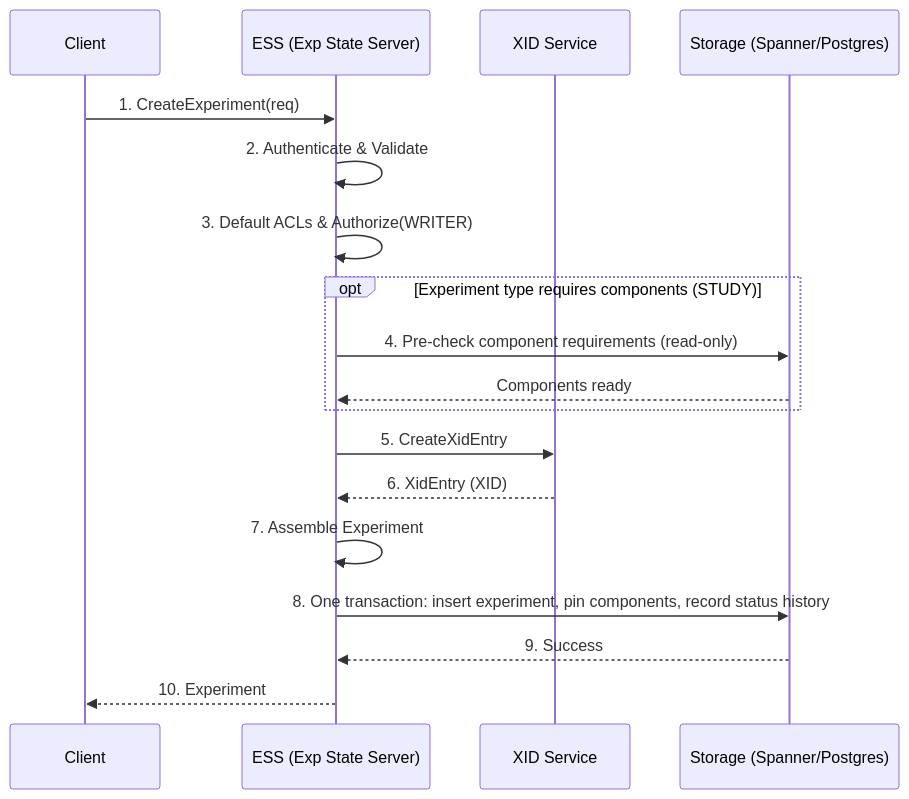
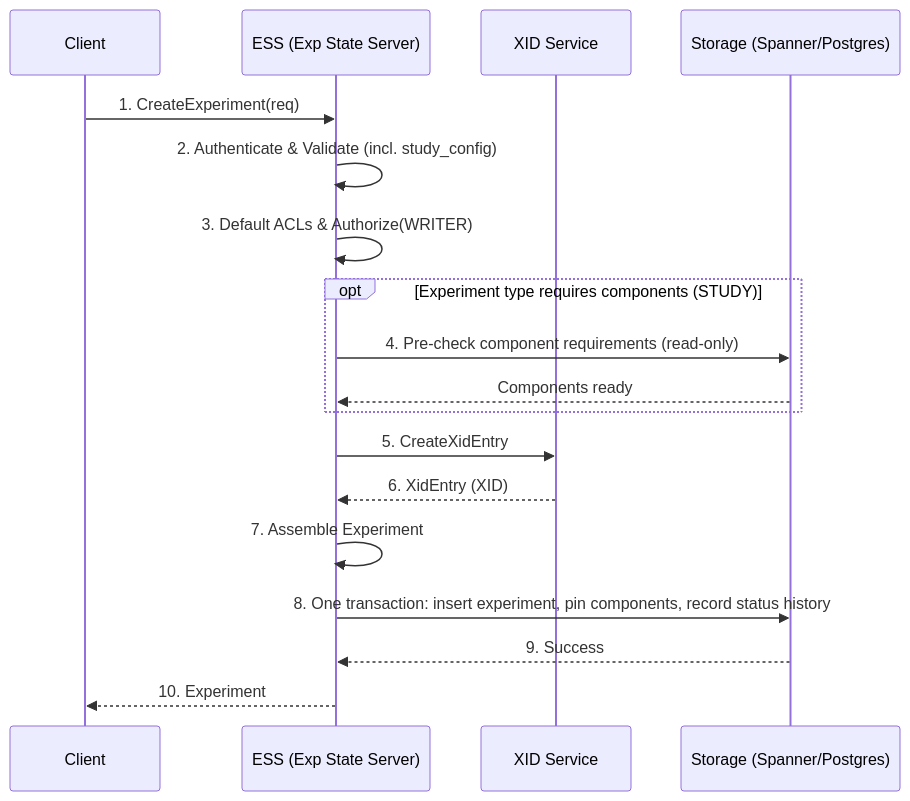
Before and after one commit to google/xmc: the first of 4 diagrams in docs/flows/experiment_lifecycle.md, drawn with Mermaid. The commit also changed other lines of this file and 1 other file, not shown here.

First line of the commit message:
docs(ess): document study config validation

````diff
--- a/docs/flows/experiment_lifecycle.md
+++ b/docs/flows/experiment_lifecycle.md
@@ -14,21 +14,21 @@
 ```mermaid
 sequenceDiagram
     participant Client
     participant ESS as ESS (Exp State Server)
     participant XID as XID Service
     participant Storage as Storage (Spanner/Postgres)
 
     Client->>ESS: 1. CreateExperiment(req)
-    ESS->>ESS: 2. Authenticate & Validate
+    ESS->>ESS: 2. Authenticate & Validate (incl. study_config)
     ESS->>ESS: 3. Default ACLs & Authorize(WRITER)
     opt Experiment type requires components (STUDY)
         ESS->>Storage: 4. Pre-check component requirements (read-only)
         Storage-->>ESS: Components ready
     end
     ESS->>XID: 5. CreateXidEntry
     XID-->>ESS: 6. XidEntry (XID)
     ESS->>ESS: 7. Assemble Experiment
     ESS->>Storage: 8. One transaction: insert experiment, pin components, record status history
     Storage-->>ESS: 9. Success
     ESS-->>Client: 10. Experiment
 ```
````
